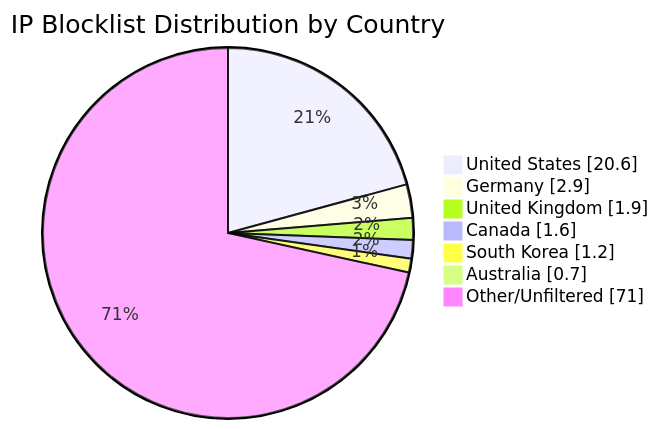
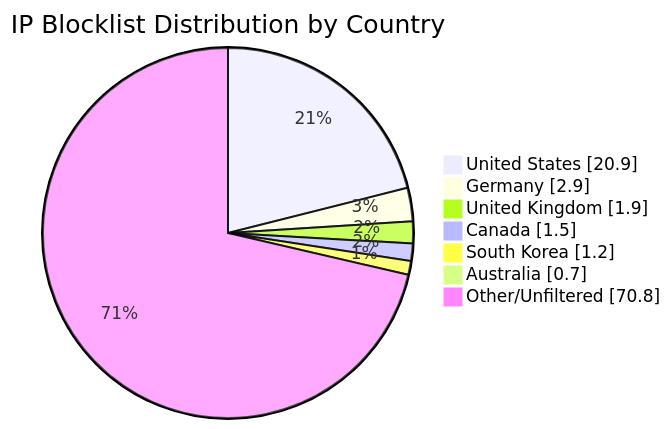
One commit to MarcusHoltz/ipblocklist-geofiltered-aggregator changed the diagram in README.md. Above: the diagram before and after it, drawn with Mermaid. The commit also changed other lines of this file and 9 other files, not shown here.

````diff
--- a/README.md
+++ b/README.md
@@ -34,10 +34,10 @@
 ```mermaid
 pie showData title IP Blocklist Distribution by Country
-"United States" : 20.6
+"United States" : 20.9
 "Germany" : 2.9
 "United Kingdom" : 1.9
-"Canada" : 1.6
+"Canada" : 1.5
 "South Korea" : 1.2
 "Australia" : 0.7
-"Other/Unfiltered" : 71.0
+"Other/Unfiltered" : 70.8
 ```
````
